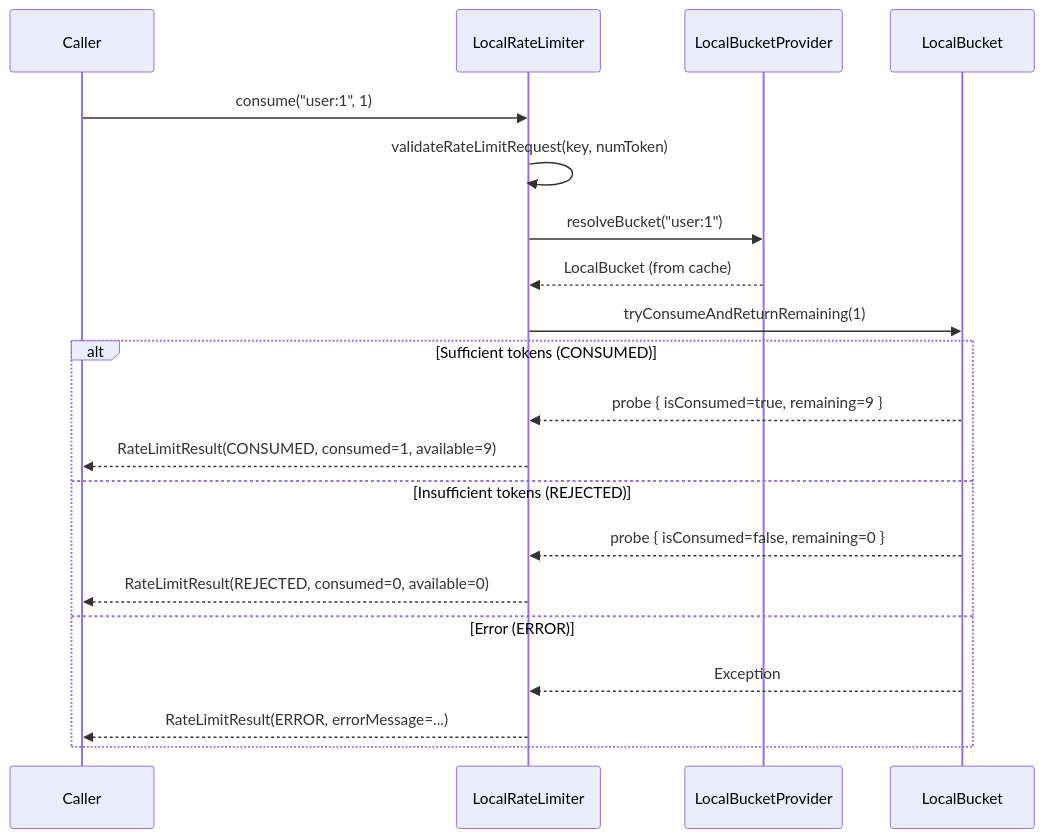
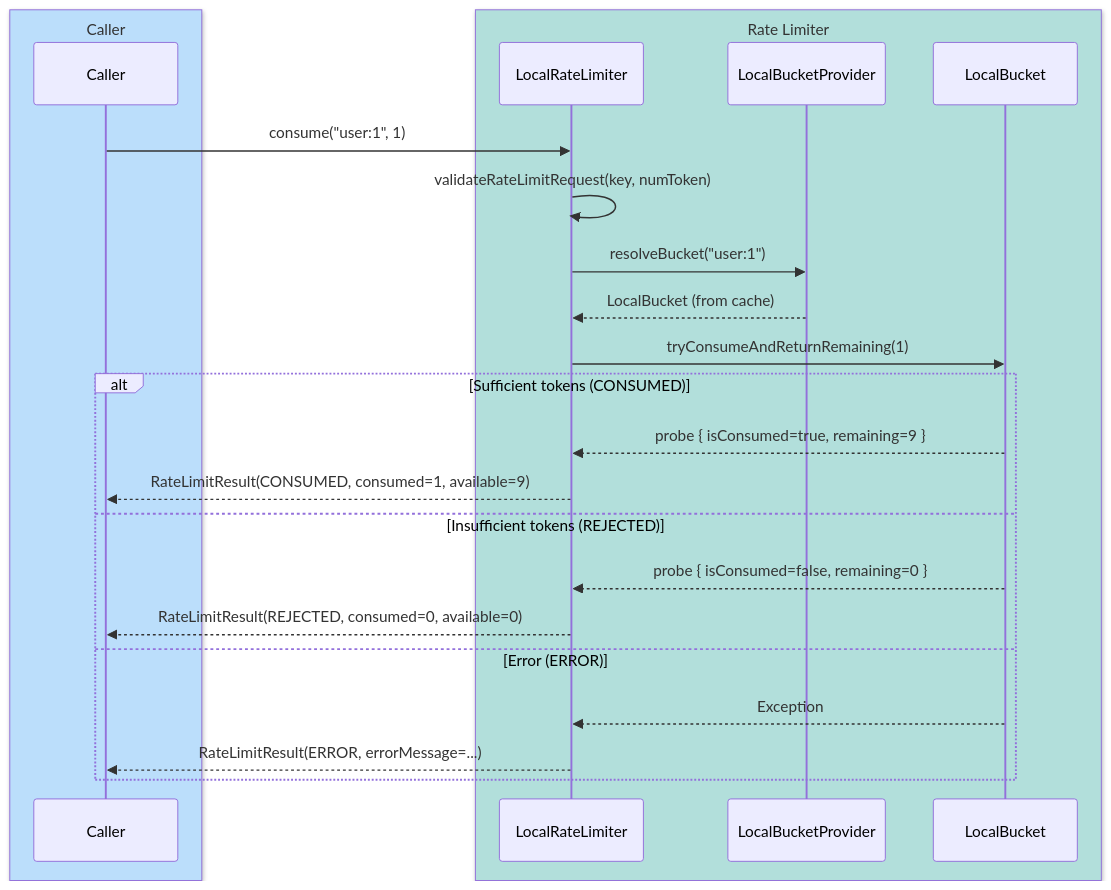
One commit to bluetape4k/bluetape4k-projects changed the second of 3 diagrams in infra/bucket4j/README.md. Above: the diagram before and after it, drawn with Mermaid. The commit also changed other lines of this file and 221 other files, not shown here.

First line of the commit message:
docs: 전체 모듈 README UML 다이어그램 보강 및 색상 업그레이드

````diff
--- a/infra/bucket4j/README.md
+++ b/infra/bucket4j/README.md
@@ -134,23 +148,27 @@
 ```mermaid
 sequenceDiagram
+    box rgb(187,222,251) Caller
     participant Caller
+    end
+    box rgb(178,223,219) Rate Limiter
     participant LocalRateLimiter
     participant LocalBucketProvider
     participant LocalBucket
+    end
     Caller ->> LocalRateLimiter: consume("user:1", 1)
     LocalRateLimiter ->> LocalRateLimiter: validateRateLimitRequest(key, numToken)
     LocalRateLimiter ->> LocalBucketProvider: resolveBucket("user:1")
     LocalBucketProvider -->> LocalRateLimiter: LocalBucket (from cache)
     LocalRateLimiter ->> LocalBucket: tryConsumeAndReturnRemaining(1)
 
     alt Sufficient tokens (CONSUMED)
         LocalBucket -->> LocalRateLimiter: probe { isConsumed=true, remaining=9 }
         LocalRateLimiter -->> Caller: RateLimitResult(CONSUMED, consumed=1, available=9)
     else Insufficient tokens (REJECTED)
         LocalBucket -->> LocalRateLimiter: probe { isConsumed=false, remaining=0 }
         LocalRateLimiter -->> Caller: RateLimitResult(REJECTED, consumed=0, available=0)
     else Error (ERROR)
         LocalBucket -->> LocalRateLimiter: Exception
         LocalRateLimiter -->> Caller: RateLimitResult(ERROR, errorMessage=...)
     end
 ```
````
